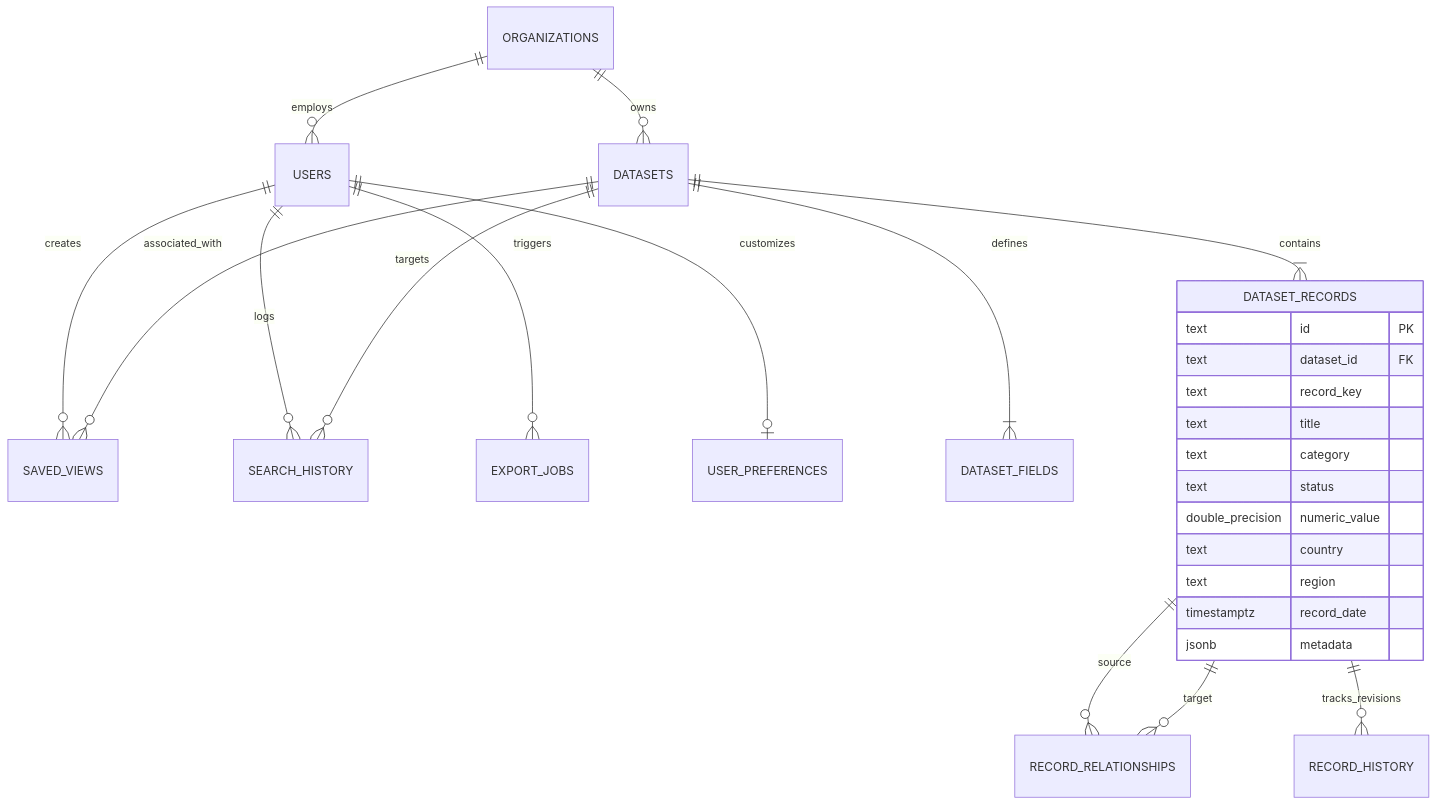
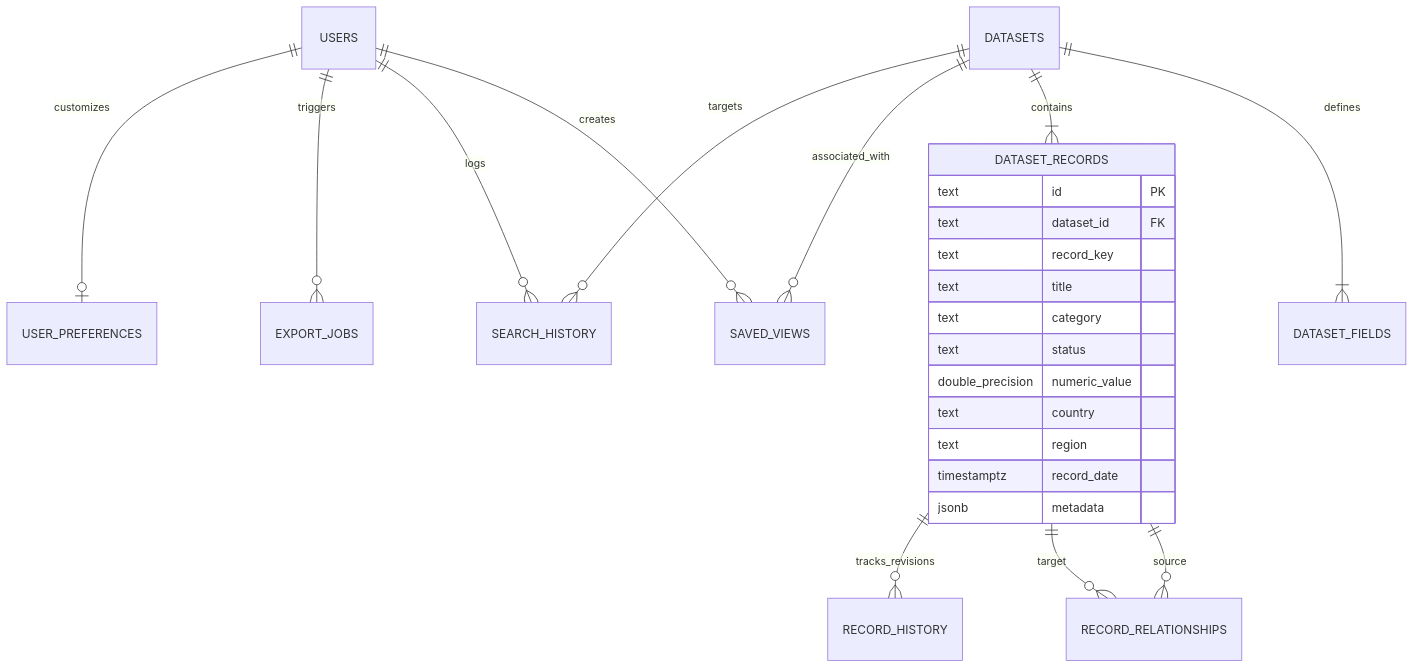
The diagram in README.md (nabilpwqz/DataScope), drawn with Mermaid before and after one commit. The commit also changed other lines of this file, not shown here.

````diff
--- a/README.md
+++ b/README.md
@@ -257,33 +424,30 @@
 ```mermaid
 erDiagram
-    ORGANIZATIONS ||--o{ USERS : "employs"
-    ORGANIZATIONS ||--o{ DATASETS : "owns"
-
     USERS ||--o{ SAVED_VIEWS : "creates"
     USERS ||--o{ SEARCH_HISTORY : "logs"
     USERS ||--o{ EXPORT_JOBS : "triggers"
     USERS ||--o| USER_PREFERENCES : "customizes"
 
     DATASETS ||--|{ DATASET_FIELDS : "defines"
     DATASETS ||--|{ DATASET_RECORDS : "contains"
     DATASETS ||--o{ SAVED_VIEWS : "associated_with"
     DATASETS ||--o{ SEARCH_HISTORY : "targets"
 
     DATASET_RECORDS ||--o{ RECORD_RELATIONSHIPS : "source"
     DATASET_RECORDS ||--o{ RECORD_RELATIONSHIPS : "target"
     DATASET_RECORDS ||--o{ RECORD_HISTORY : "tracks_revisions"
 
     DATASET_RECORDS {
         text id PK
         text dataset_id FK
         text record_key
         text title
         text category
         text status
         double_precision numeric_value
         text country
         text region
         timestamptz record_date
         jsonb metadata
     }
 ```
````
